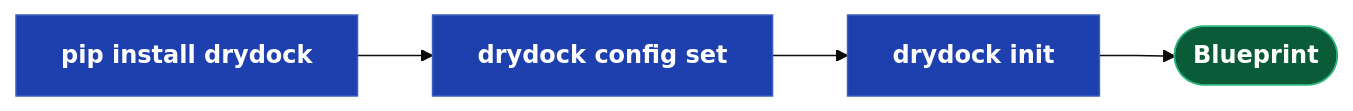
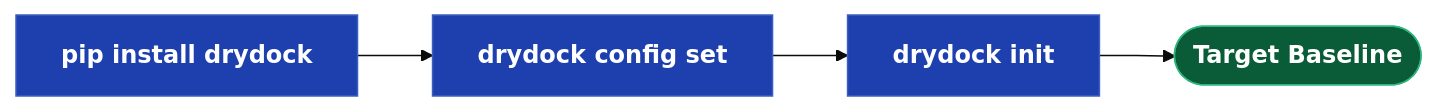
One commit to webcloudstudio/Drydock changed the second of 11 diagrams in docs/Drydock_Specification.md. Above: the diagram before and after it, drawn with Mermaid (base theme). The commit also changed other lines of this file and 12 other files, not shown here.

Commit message:
Initialize target baseline with drydock init

````diff
--- a/docs/Drydock_Specification.md
+++ b/docs/Drydock_Specification.md
@@ -98,9 +93,9 @@
 ```mermaid
 flowchart LR
   classDef dir    fill:#0a5c38,stroke:#2cb67d,color:#fff,font-weight:bold
   classDef script fill:#1e40af,stroke:#3b5fc0,color:#fff,font-weight:bold
 
   INSTALL["pip install drydock"]:::script --> CONFIG["drydock config set"]:::script
   CONFIG --> INIT["drydock init"]:::script
-  INIT --> BLUEPRINT(["Blueprint"]):::dir
+  INIT --> TARGET(["Target Baseline"]):::dir
 ```
````
